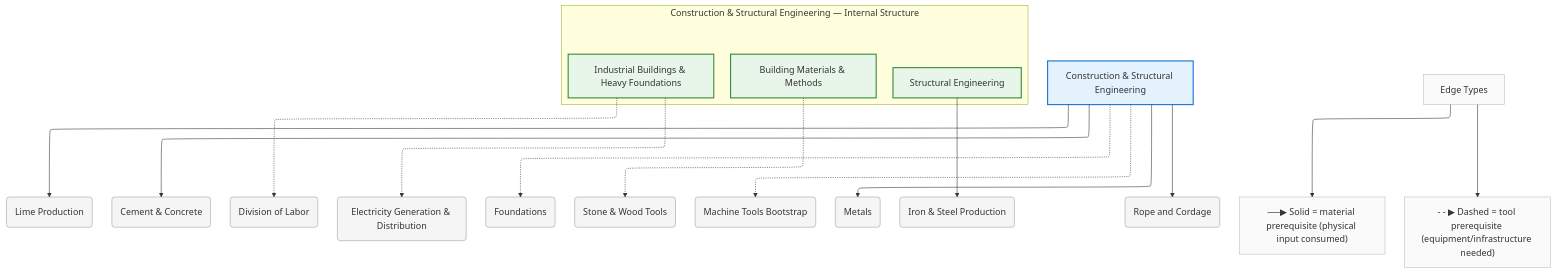
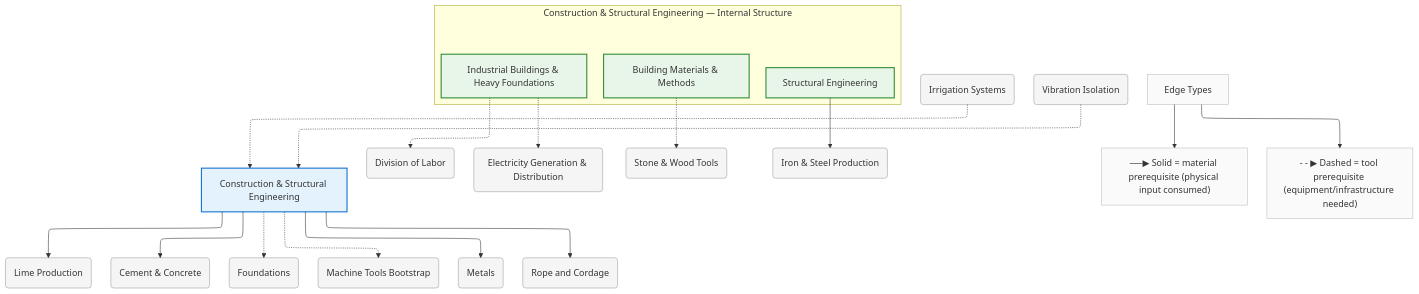
One commit to egofree/TechTree changed the diagram in diagrams/mermaid/construction.mmd. Above: the diagram before and after it, drawn with Mermaid. The commit also changed 30 other files, not shown here.

First line of the commit message:
chore: regenerate diagrams after content expansion

```diff
--- a/diagrams/mermaid/construction.mmd
+++ b/diagrams/mermaid/construction.mmd
@@ -1,68 +1,74 @@
 %%{init: {"flowchart": {"defaultRenderer": "elk", "htmlLabels": true}}}%%
 graph TD
     %% Domain: Construction & Structural Engineering
 
     %% ==================== INTERNAL NODES ====================
     subgraph construction_internal ["Construction & Structural Engineering — Internal Structure"]
         direction TB
         construction_building-materials["Building Materials & Methods"]
         construction_industrial-buildings["Industrial Buildings & Heavy Foundations"]
         construction_structural-engineering["Structural Engineering"]
     end
 
     %% ==================== DOMAIN NODE ====================
     construction["Construction & Structural Engineering"]
 
     %% ==================== EXTERNAL DEPENDENCIES ====================
+    agriculture_irrigation("Irrigation Systems")
     ceramics_lime("Lime Production")
     chemistry_cement("Cement & Concrete")
     economics-organization_division-of-labor("Division of Labor")
     energy_electricity("Electricity Generation & Distribution")
     foundations("Foundations")
     foundations_tools-basic("Stone & Wood Tools")
     machine-tools("Machine Tools Bootstrap")
     metals("Metals")
     metals_iron-steel("Iron & Steel Production")
+    precision-motion_vibration-isolation("Vibration Isolation")
     textiles_rope-making("Rope and Cordage")
 
     %% ==================== EDGES ====================
+    agriculture_irrigation -.-> construction
     construction_building-materials -.-> foundations_tools-basic
     construction_industrial-buildings -.-> economics-organization_division-of-labor
     construction_industrial-buildings -.-> energy_electricity
     construction_structural-engineering --> metals_iron-steel
     construction --> ceramics_lime
     construction --> chemistry_cement
     construction -.-> foundations
     construction -.-> machine-tools
     construction --> metals
     construction --> textiles_rope-making
+    precision-motion_vibration-isolation -.-> construction
 
     %% ==================== EDGE TYPE LEGEND ====================
     EdgeLegend["Edge Types"]
     EdgeLegend --> MatNote["──▶ Solid = material prerequisite (physical input consumed)"]
     EdgeLegend --> ToolNote["- - ▶ Dashed = tool prerequisite (equipment/infrastructure needed)"]
 
     %% ==================== STYLING ====================
     classDef domain fill:#e3f2fd,stroke:#1976d2,stroke-width:2px
     classDef capability fill:#e8f5e9,stroke:#388e3c,stroke-width:2px
     classDef process fill:#fff3e0,stroke:#f57c00,stroke-width:2px
     classDef critical fill:#fff3e0,stroke:#f57c00,stroke-width:3px
     classDef earlyWin fill:#e8f5e9,stroke:#388e3c,stroke-width:3px
     classDef pinnacle fill:#fce4ec,stroke:#c62828,stroke-width:3px
     classDef external fill:#f5f5f5,stroke:#9e9e9e,stroke-width:1px
     classDef legend fill:#fafafa,stroke:#bdbdbd,stroke-width:1px
     class construction domain
     class construction_building-materials capability
     class construction_industrial-buildings capability
     class construction_structural-engineering capability
+    class agriculture_irrigation external
     class ceramics_lime external
     class chemistry_cement external
     class economics-organization_division-of-labor external
     class energy_electricity external
     class foundations external
     class foundations_tools-basic external
     class machine-tools external
     class metals external
     class metals_iron-steel external
+    class precision-motion_vibration-isolation external
     class textiles_rope-making external
     class EdgeLegend,MatNote,ToolNote legend
```
